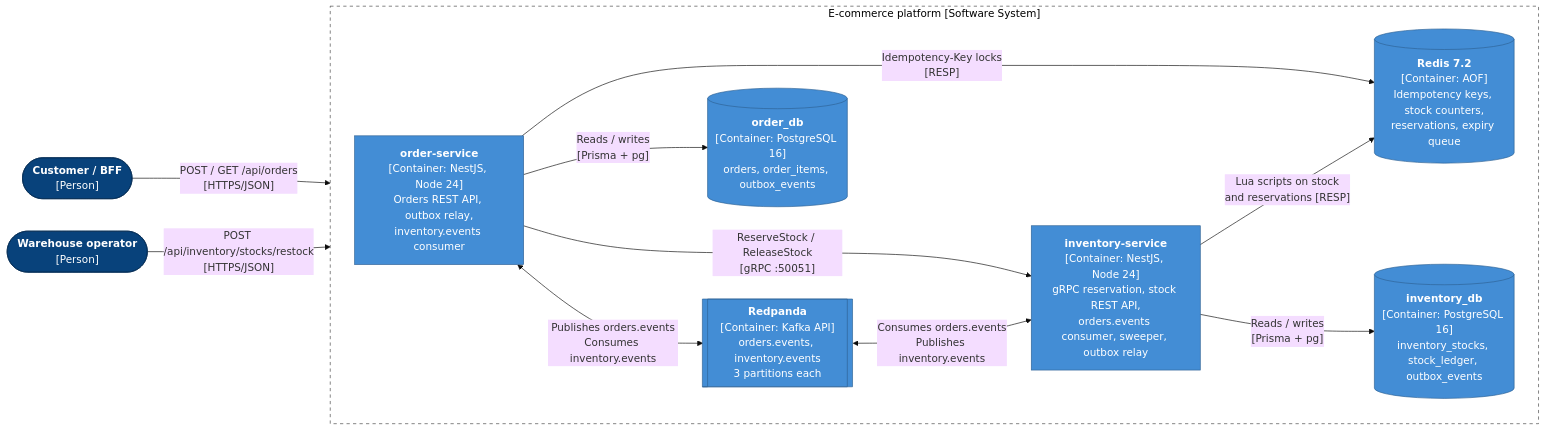
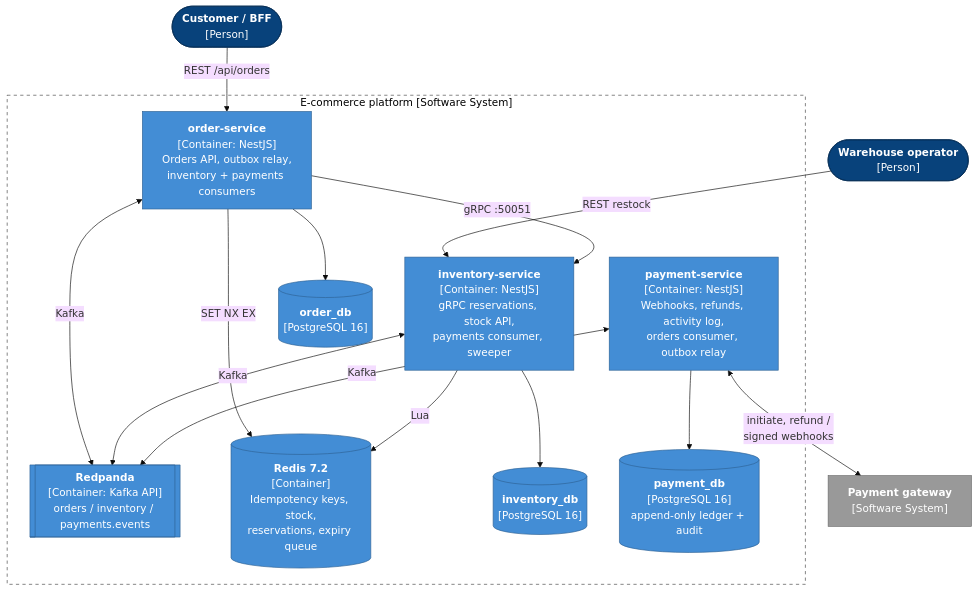
The third of 11 diagrams in docs/system-design.md (NamCaoDev/nestjs-ecommerce), drawn with Mermaid (base theme) before and after one commit. The commit also changed other lines of this file and 330 other files, not shown here.

````diff
--- a/docs/system-design.md
+++ b/docs/system-design.md
@@ -70,30 +85,35 @@
 ```mermaid
-flowchart LR
+flowchart TB
   customer(["<b>Customer / BFF</b><br/>[Person]"]):::person
   operator(["<b>Warehouse operator</b><br/>[Person]"]):::person
+  gateway["<b>Payment gateway</b><br/>[Software System]"]:::external
   subgraph platform["E-commerce platform [Software System]"]
-    direction LR
-      order["<b>order-service</b><br/>[Container: NestJS, Node 24]<br/>Orders REST API, outbox relay,<br/>inventory.events consumer"]:::container
-    inventory["<b>inventory-service</b><br/>[Container: NestJS, Node 24]<br/>gRPC reservation, stock REST API,<br/>orders.events consumer, sweeper, outbox relay"]:::container
-    kafka[["<b>Redpanda</b><br/>[Container: Kafka API]<br/>orders.events, inventory.events<br/>3 partitions each"]]:::container
-    orderDb[("<b>order_db</b><br/>[Container: PostgreSQL 16]<br/>orders, order_items, outbox_events")]:::container
-    redis[("<b>Redis 7.2</b><br/>[Container: AOF]<br/>Idempotency keys, stock counters,<br/>reservations, expiry queue")]:::container
-    inventoryDb[("<b>inventory_db</b><br/>[Container: PostgreSQL 16]<br/>inventory_stocks, stock_ledger, outbox_events")]:::container
+    order["<b>order-service</b><br/>[Container: NestJS]<br/>Orders API, outbox relay,<br/>inventory + payments consumers"]:::container
+    inventory["<b>inventory-service</b><br/>[Container: NestJS]<br/>gRPC reservations, stock API,<br/>payments consumer, sweeper"]:::container
+    payment["<b>payment-service</b><br/>[Container: NestJS]<br/>Webhooks, refunds, activity log,<br/>orders consumer, outbox relay"]:::container
+    kafka[["<b>Redpanda</b><br/>[Container: Kafka API]<br/>orders / inventory / payments.events"]]:::container
+    redis[("<b>Redis 7.2</b><br/>[Container]<br/>Idempotency keys, stock,<br/>reservations, expiry queue")]:::container
+    orderDb[("<b>order_db</b><br/>[PostgreSQL 16]")]:::container
+    inventoryDb[("<b>inventory_db</b><br/>[PostgreSQL 16]")]:::container
+    paymentDb[("<b>payment_db</b><br/>[PostgreSQL 16]<br/>append-only ledger + audit")]:::container
   end
-  customer -- "POST / GET /api/orders<br/>[HTTPS/JSON]" --> order
-  operator -- "POST /api/inventory/stocks/restock<br/>[HTTPS/JSON]" --> inventory
-  order -- "ReserveStock / ReleaseStock<br/>[gRPC :50051]" --> inventory
-  order -- "Publishes orders.events<br/>Consumes inventory.events" <--> kafka
-  kafka <-- "Consumes orders.events<br/>Publishes inventory.events" --> inventory
-  order -- "Reads / writes<br/>[Prisma + pg]" --> orderDb
-  order -- "Idempotency-Key locks<br/>[RESP]" --> redis
-  inventory -- "Lua scripts on stock<br/>and reservations [RESP]" --> redis
-  inventory -- "Reads / writes<br/>[Prisma + pg]" --> inventoryDb
+  customer -- "REST /api/orders" --> order
+  operator -- "REST restock" --> inventory
+  payment <-- "initiate, refund /<br/>signed webhooks" --> gateway
+  order -- "gRPC :50051" --> inventory
+  order <-- "Kafka" --> kafka
+  inventory <-- "Kafka" --> kafka
+  payment <-- "Kafka" --> kafka
+  order --> orderDb
+  order -- "SET NX EX" --> redis
+  inventory -- "Lua" --> redis
+  inventory --> inventoryDb
+  payment --> paymentDb
   classDef person fill:#08427b,stroke:#052e56,color:#fff
   classDef system fill:#1168bd,stroke:#0b4884,color:#fff
   classDef external fill:#999999,stroke:#6b6b6b,color:#fff
   classDef container fill:#438dd5,stroke:#2e6295,color:#fff
   classDef component fill:#85bbf0,stroke:#5d82a8,color:#000
   classDef boundary fill:#ffffff,stroke:#444,stroke-dasharray:5 5,color:#000
   class platform boundary
 ```
````
